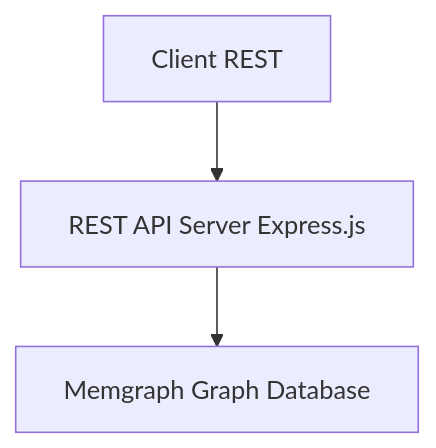
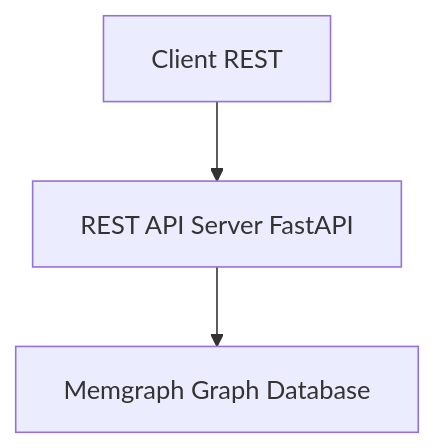
Before and after one commit to CBIIT/ccdi-data-federation-rest: the diagram in graphql-to-rest-design.md, drawn with Mermaid. The commit also changed other lines of this file and 55 other files, not shown here.

````diff
--- a/graphql-to-rest-design.md
+++ b/graphql-to-rest-design.md
@@ -12,5 +12,5 @@
 ```mermaid
 graph TD
-  A[Client REST] --> B[REST API Server Express.js]
+  A[Client REST] --> B[REST API Server FastAPI]
   B --> C[Memgraph Graph Database]
 ```
````
